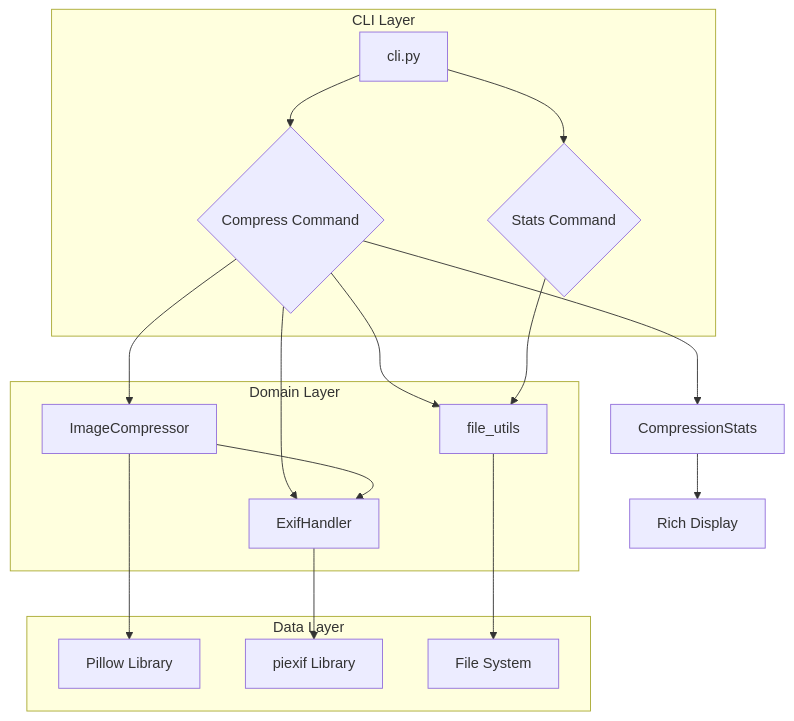
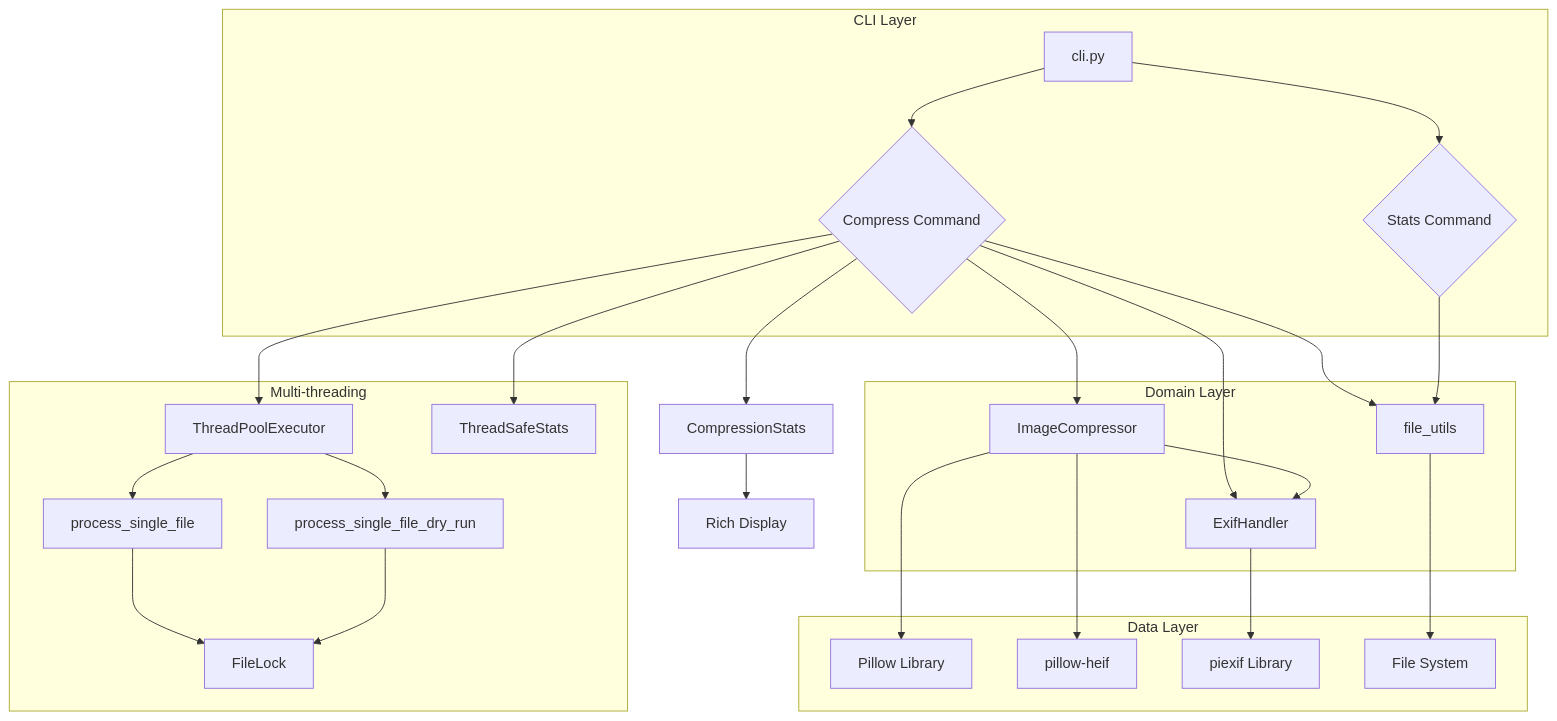
The second of 2 diagrams in .kilocode/rules/memory-bank/architecture.md (iiMisha/CompressPhotoFast), drawn with Mermaid before and after one commit. The commit also changed other lines of this file and 5 other files, not shown here.

````diff
--- a/.kilocode/rules/memory-bank/architecture.md
+++ b/.kilocode/rules/memory-bank/architecture.md
@@ -108,24 +115,34 @@
 ```mermaid
 graph TD
     subgraph "CLI Layer"
         A[cli.py] --> B{Compress Command}
         A --> C{Stats Command}
     end
 
     subgraph "Domain Layer"
         B --> D[ImageCompressor]
         B --> E[ExifHandler]
         B --> F[file_utils]
         C --> F
         D --> E
     end
 
-    subgraph "Data Layer"
-        D --> G[Pillow Library]
-        E --> H[piexif Library]
-        F --> I[File System]
+    subgraph "Multi-threading"
+        B --> G[ThreadPoolExecutor]
+        G --> H[process_single_file]
+        G --> I[process_single_file_dry_run]
+        H --> J[FileLock]
+        I --> J
+        B --> K[ThreadSafeStats]
     end
 
-    B --> J[CompressionStats]
-    J --> K[Rich Display]
+    subgraph "Data Layer"
+        D --> L[Pillow Library]
+        D --> M[pillow-heif]
+        E --> N[piexif Library]
+        F --> O[File System]
+    end
+
+    B --> P[CompressionStats]
+    P --> Q[Rich Display]
 ```
````
